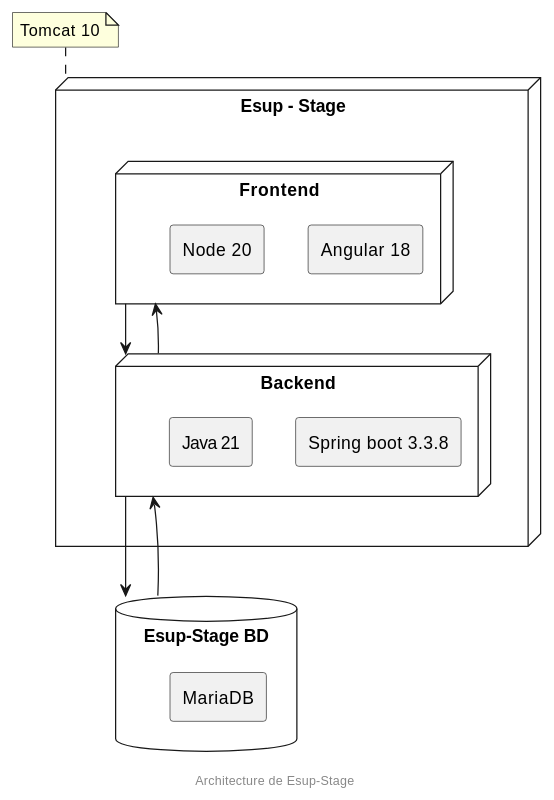
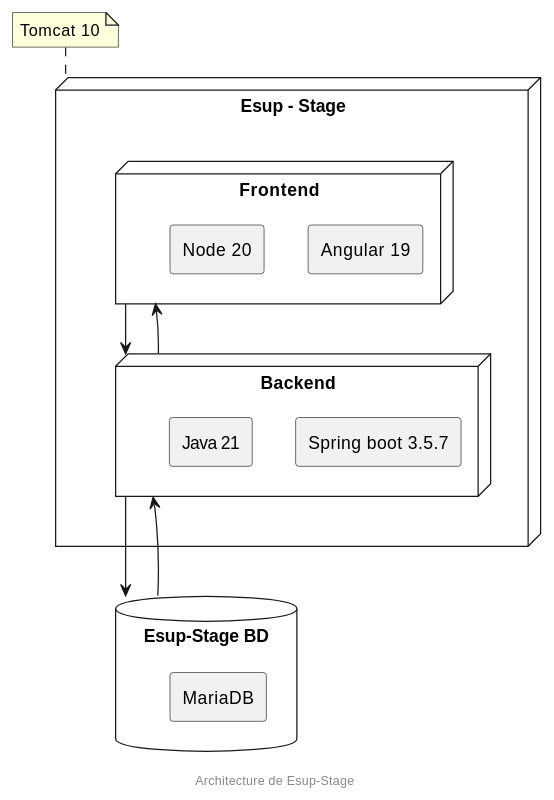
The diagram in src/docs/modules/doc-technique/pages/archi-tech.adoc (EsupPortail/esup-stage), drawn with PlantUML before and after one commit. The commit also changed 1 other file, not shown here.

Commit message:
modif doc version angular et spring + warning dep frontend

```diff
--- a/src/docs/modules/doc-technique/pages/archi-tech.adoc
+++ b/src/docs/modules/doc-technique/pages/archi-tech.adoc
@@ -5,43 +5,43 @@
 [plantuml]
 ----
 @startuml
 skinparam componentStyle rectangle
 
 Node "Esup - Stage" {
 
 
     
     
     Node "Frontend" as frontend {
-        [Angular 18] as angular
+        [Angular 19] as angular
         [Node 20] as Node
     }
     
     Node "Backend" as backend {
-        [Spring boot 3.3.8] as spring
+        [Spring boot 3.5.7] as spring
         [Java 21] as java
     }
     
 
 }
 
     note top of "Esup - Stage"
     Tomcat 10
     end note
     
 
 database "Esup-Stage BD" as db {
     component "MariaDB" as mariadb
 }
 
 frontend -[hidden]d- backend
 backend -[hidden]d- db
 
 frontend -down-> backend
 backend -up-> frontend
 backend -down-> db
 db -up-> backend
 
 center footer Architecture de Esup-Stage
 @enduml
 ----
```
